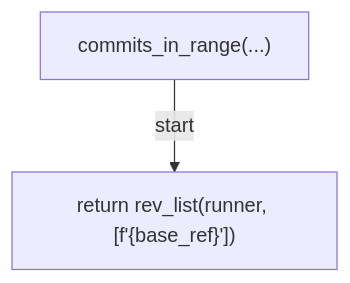
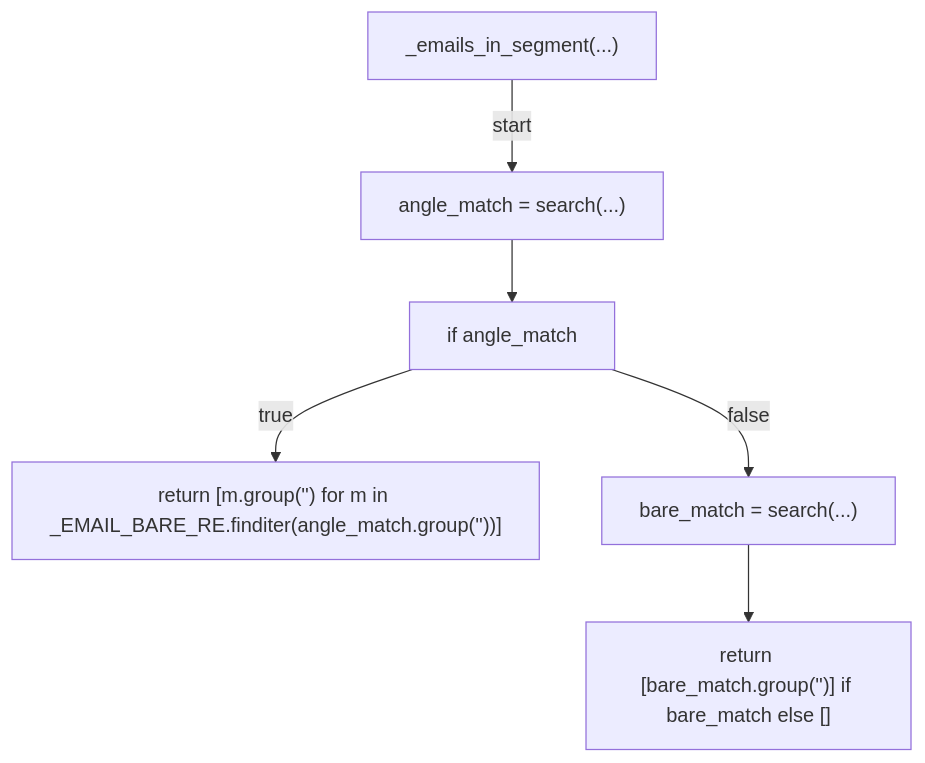
Before and after one commit to tvna/claude-md: the first of 8 diagrams in docs/generated/scripts/ast/preflight_coauthor_trailer.md, drawn with Mermaid. The commit also changed other lines of this file and 11 other files, not shown here.

First line of the commit message:
docs(generated): regenerate decision tree and workflow diagrams

````diff
--- a/docs/generated/scripts/ast/preflight_coauthor_trailer.md
+++ b/docs/generated/scripts/ast/preflight_coauthor_trailer.md
@@ -7,6 +7,14 @@
 ```mermaid
 flowchart TD
-    N001["commits_in_range(...)"]
-    N002["return rev_list(runner, [f'{base_ref}<str>'])"]
+    N001["_emails_in_segment(...)"]
+    N002["angle_match = search(...)"]
+    N003["if angle_match"]
+    N004["return [m.group('<str>') for m in _EMAIL_BARE_RE.finditer(angle_match.group('<str>'))]"]
+    N005["bare_match = search(...)"]
+    N006["return [bare_match.group('<str>')] if bare_match else []"]
     N001 -->|"start"| N002
+    N002 --> N003
+    N003 -->|"true"| N004
+    N003 -->|"false"| N005
+    N005 --> N006
 ```
````
